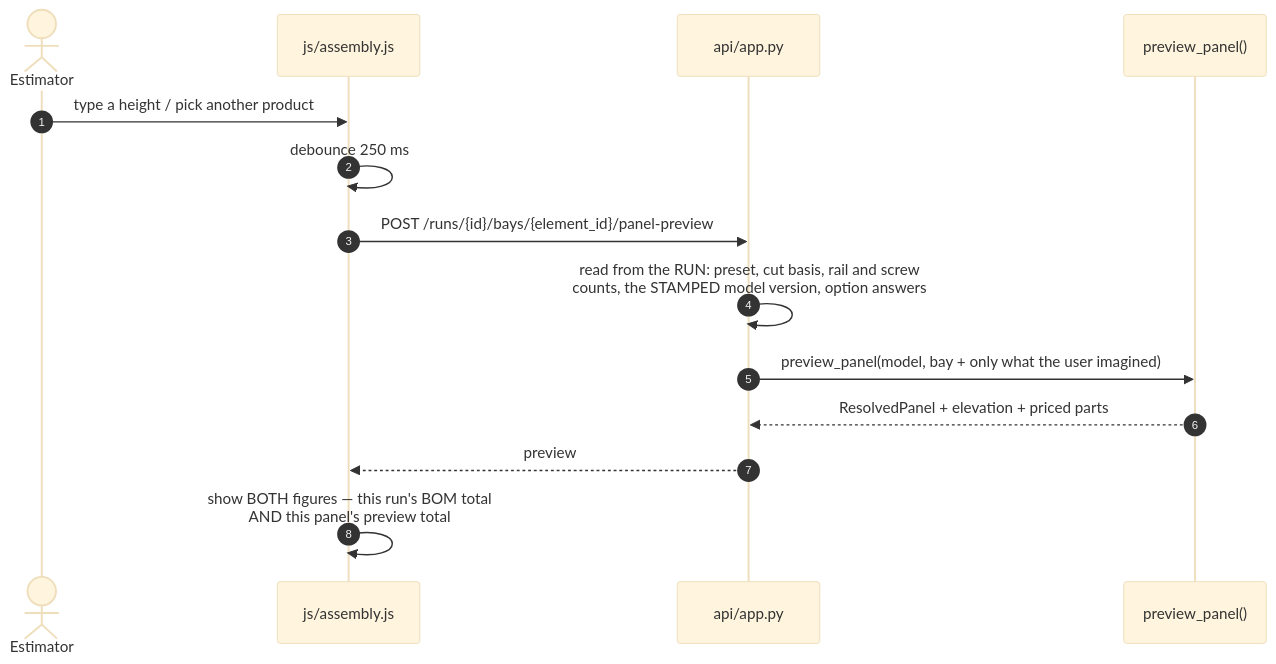
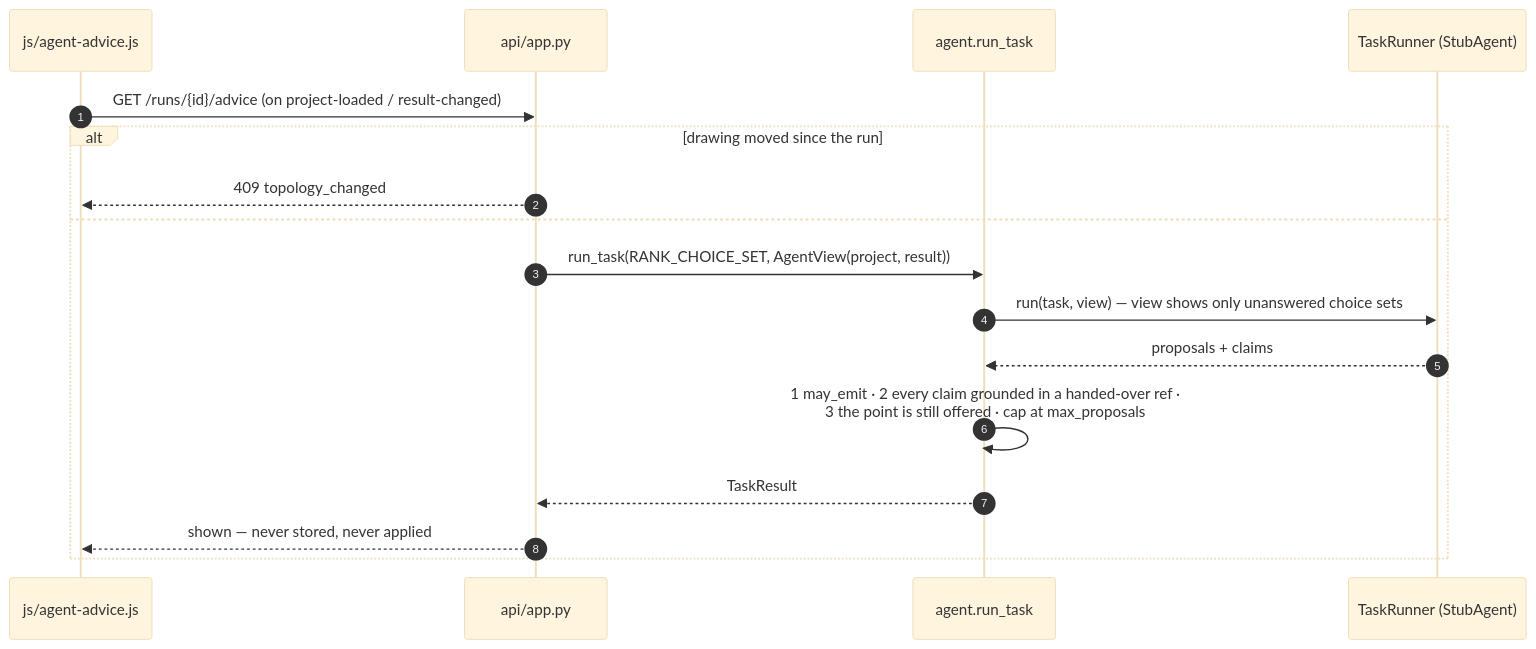
Before and after one commit to spicysauce1955-stack/BOM: the tenth of 10 diagrams in docs/architecture/03-flows.md, drawn with Mermaid (base theme). The commit also changed other lines of this file and 14 other files, not shown here.

````diff
--- a/docs/architecture/03-flows.md
+++ b/docs/architecture/03-flows.md
@@ -171,17 +392,20 @@
 ```mermaid
 sequenceDiagram
     autonumber
-    actor U as Estimator
-    participant AS as js/assembly.js
+    participant W as js/agent-advice.js
     participant A as api/app.py
-    participant PV as preview_panel()
+    participant D as agent.run_task
+    participant T as TaskRunner (StubAgent)
 
-    U->>AS: type a height / pick another product
-    AS->>AS: debounce 250 ms
-    AS->>A: POST /runs/{id}/bays/{element_id}/panel-preview
-    A->>A: read from the RUN: preset, cut basis, rail and screw<br/>counts, the STAMPED model version, option answers
-    A->>PV: preview_panel(model, bay + only what the user imagined)
-    PV-->>A: ResolvedPanel + elevation + priced parts
-    A-->>AS: preview
-    AS->>AS: show BOTH figures — this run's BOM total<br/>AND this panel's preview total
+    W->>A: GET /runs/{id}/advice   (on project-loaded / result-changed)
+    alt drawing moved since the run
+        A-->>W: 409 topology_changed
+    else
+        A->>D: run_task(RANK_CHOICE_SET, AgentView(project, result))
+        D->>T: run(task, view)   — view shows only unanswered choice sets
+        T-->>D: proposals + claims
+        D->>D: 1 may_emit · 2 every claim grounded in a handed-over ref ·<br/>3 the point is still offered · cap at max_proposals
+        D-->>A: TaskResult
+        A-->>W: shown — never stored, never applied
+    end
 ```
````
